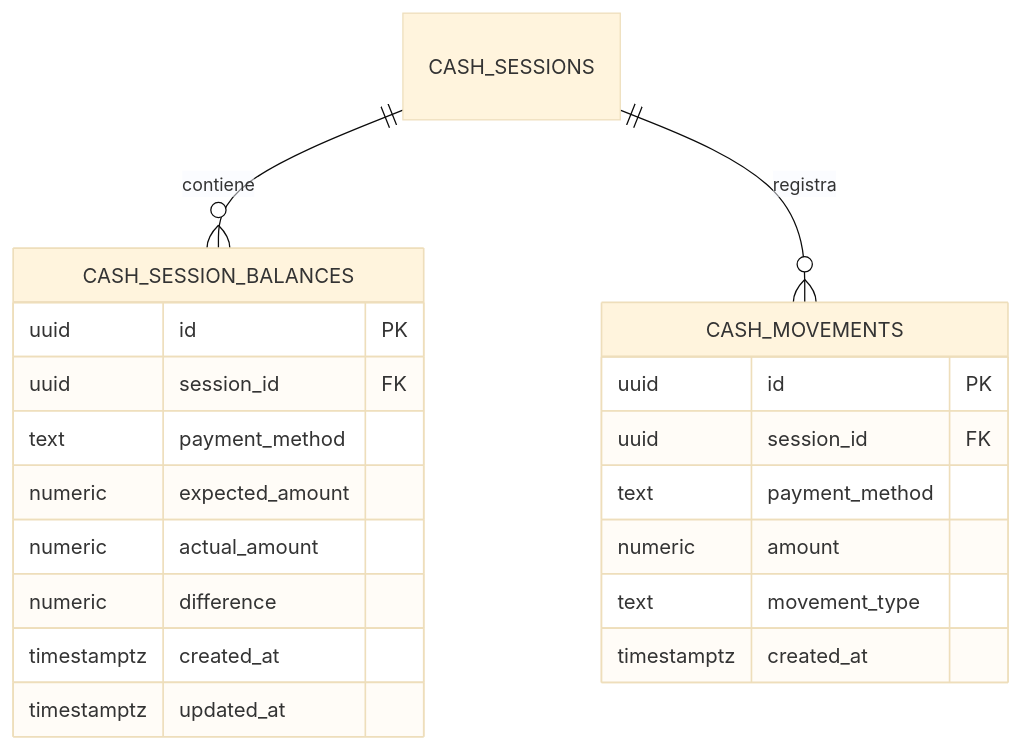
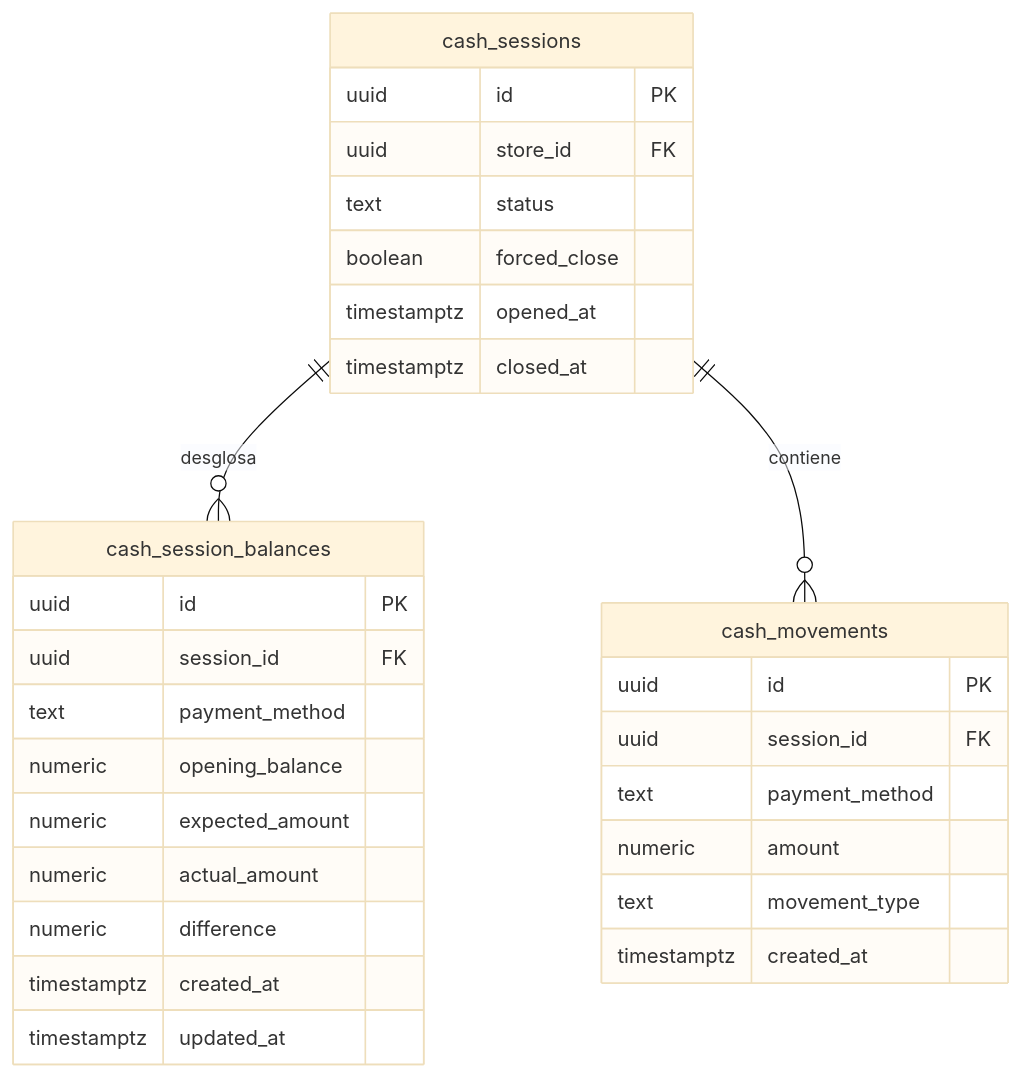
The fourth of 4 diagrams in documentation/01_requirements/SDD/SDD_020_CAJA_MULTICANAL.md (YamirJCF/tienda-barrio-pro), drawn with Mermaid (base theme) before and after one commit. The commit also changed other lines of this file and 3 other files, not shown here.

````diff
--- a/documentation/01_requirements/SDD/SDD_020_CAJA_MULTICANAL.md
+++ b/documentation/01_requirements/SDD/SDD_020_CAJA_MULTICANAL.md
@@ -139,25 +218,35 @@
 ```mermaid
 erDiagram
-    CASH_SESSIONS ||--o{ CASH_SESSION_BALANCES : contiene
-    CASH_SESSIONS ||--o{ CASH_MOVEMENTS : registra
+    cash_sessions ||--o{ cash_session_balances : "desglosa"
+    cash_sessions ||--o{ cash_movements : "contiene"
 
-    CASH_SESSION_BALANCES {
+    cash_sessions {
+        uuid id PK
+        uuid store_id FK
+        text status
+        boolean forced_close
+        timestamptz opened_at
+        timestamptz closed_at
+    }
+
+    cash_session_balances {
         uuid id PK
         uuid session_id FK
         text payment_method
+        numeric opening_balance
         numeric expected_amount
         numeric actual_amount
         numeric difference
         timestamptz created_at
         timestamptz updated_at
     }
 
-    CASH_MOVEMENTS {
+    cash_movements {
         uuid id PK
         uuid session_id FK
         text payment_method
         numeric amount
         text movement_type
         timestamptz created_at
     }
 ```
````
